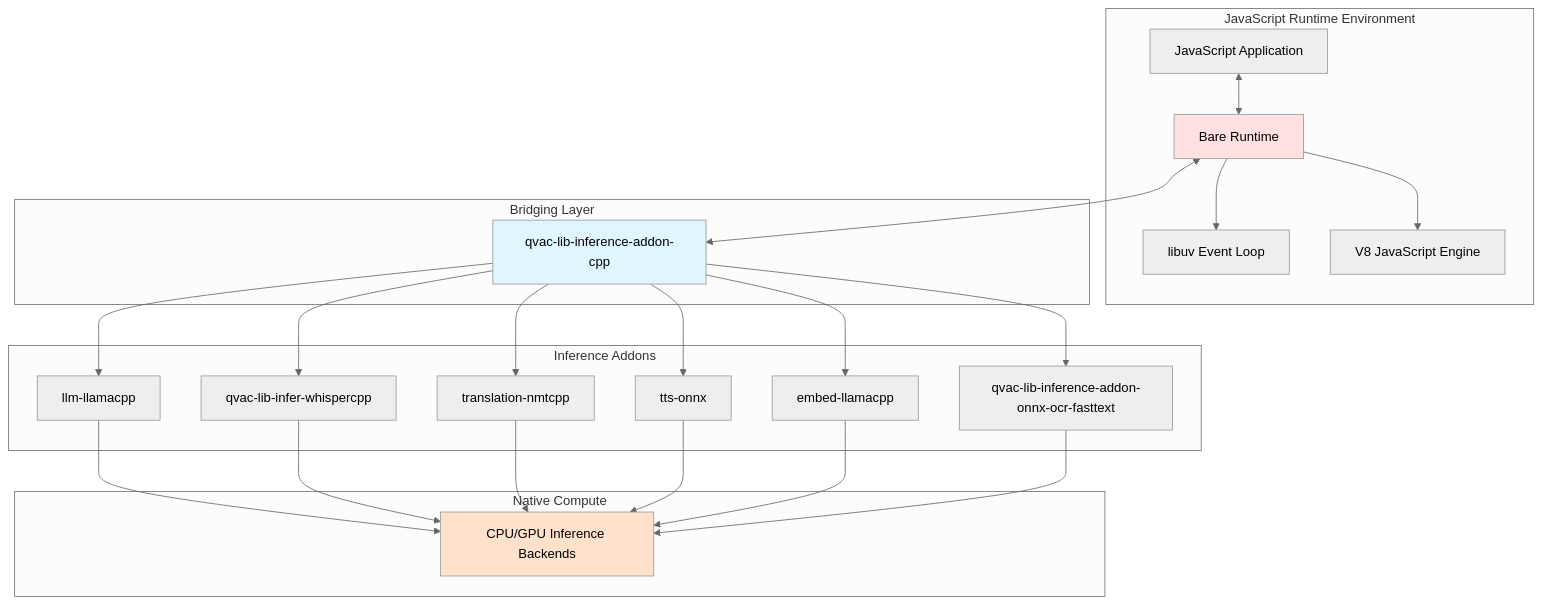
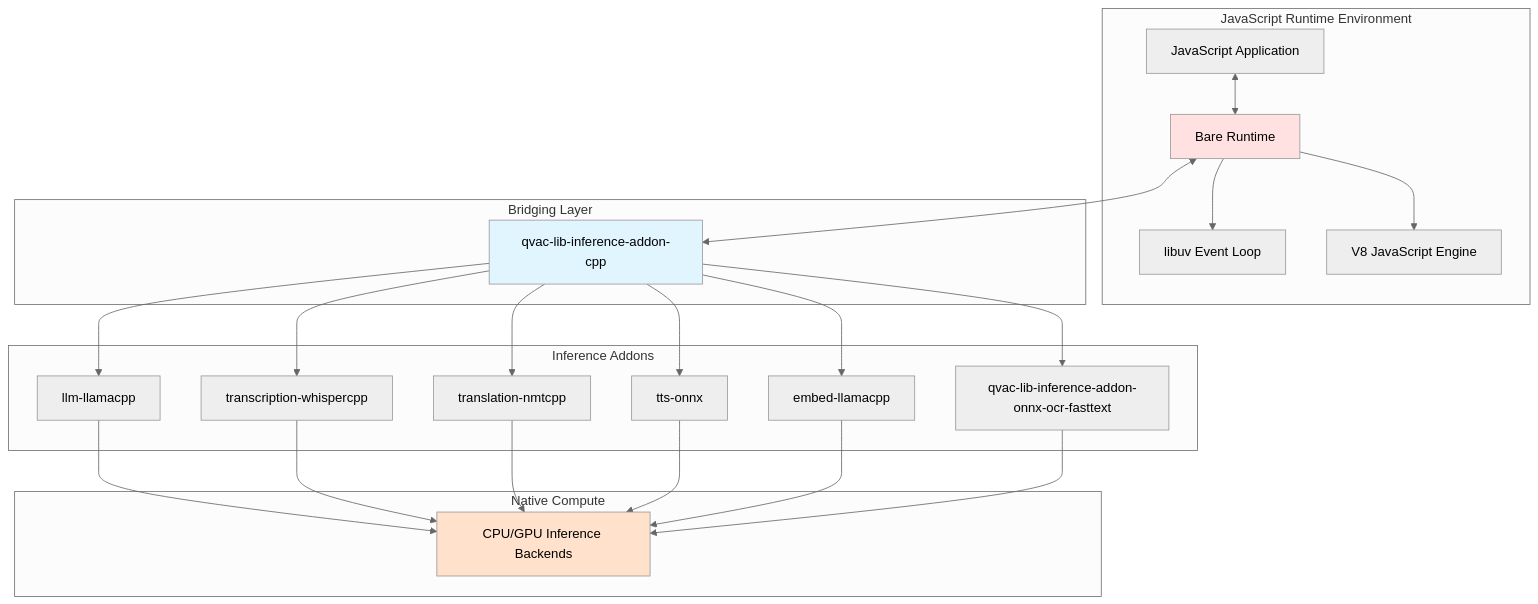
Before and after one commit to tetherto/qvac: the first of 3 diagrams in packages/qvac-lib-inference-addon-cpp/docs/architecture.md, drawn with Mermaid (neutral theme). The commit also changed other lines of this file and 168 other files, not shown here.

Commit message:
chore: align transcription-whispercpp

````diff
--- a/packages/qvac-lib-inference-addon-cpp/docs/architecture.md
+++ b/packages/qvac-lib-inference-addon-cpp/docs/architecture.md
@@ -86,50 +86,50 @@
 ```mermaid
 graph TB
     subgraph "JavaScript Runtime Environment"
         APP[JavaScript Application]
         BARE[Bare Runtime]
         LIBUV[libuv Event Loop]
         V8[V8 JavaScript Engine]
         
         APP <--> BARE
         BARE --> LIBUV
         BARE --> V8
     end
     
     subgraph "Bridging Layer"
         ADDON_CPP[qvac-lib-inference-addon-cpp]
     end
     
     subgraph "Inference Addons"
         LLAMA[llm-llamacpp]
-        WHISPER[qvac-lib-infer-whispercpp]
+        WHISPER[transcription-whispercpp]
         NMT[translation-nmtcpp]
         TTS[tts-onnx]
         EMBED[embed-llamacpp]
         OCR[qvac-lib-inference-addon-onnx-ocr-fasttext]
     end
     
     subgraph "Native Compute"
         CPU_GPU[CPU/GPU Inference Backends]
     end
     
     BARE <--> ADDON_CPP
     
     ADDON_CPP --> LLAMA
     ADDON_CPP --> WHISPER
     ADDON_CPP --> NMT
     ADDON_CPP --> TTS
     ADDON_CPP --> EMBED
     ADDON_CPP --> OCR
     
     LLAMA --> CPU_GPU
     WHISPER --> CPU_GPU
     NMT --> CPU_GPU
     TTS --> CPU_GPU
     EMBED --> CPU_GPU
     OCR --> CPU_GPU
     
     style ADDON_CPP fill:#e1f5ff
     style BARE fill:#ffe1e1
     style CPU_GPU fill:#ffe1cc
 ```
````
